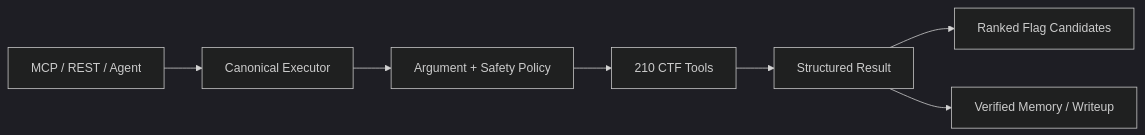
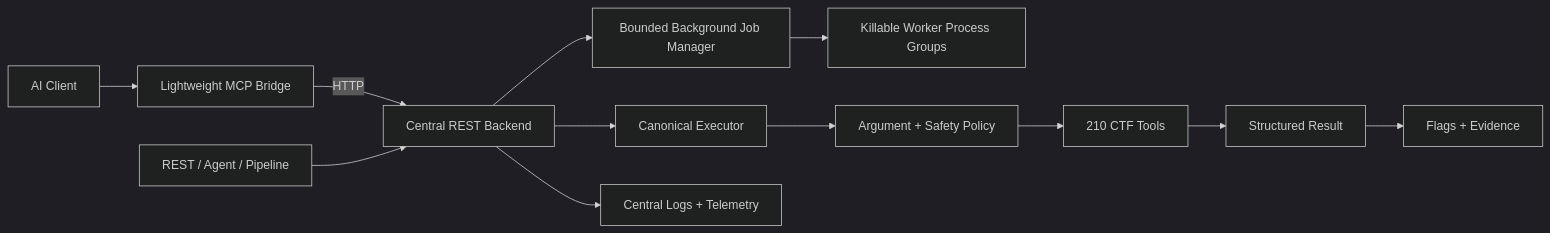
Before and after one commit to clone4truth/ctf-kit: the diagram in README.md, drawn with Mermaid (dark theme). The commit also changed other lines of this file and 17 other files, not shown here.

Commit message:
Add central MCP backend and persistent jobs

````diff
--- a/README.md
+++ b/README.md
@@ -38,9 +40,14 @@
 ```mermaid
 flowchart LR
-    C["MCP / REST / Agent"] --> E["Canonical Executor"]
+    A["AI Client"] --> M["Lightweight MCP Bridge"]
+    M -->|HTTP| B["Central REST Backend"]
+    X["REST / Agent / Pipeline"] --> B
+    B --> J["Bounded Background Job Manager"]
+    J --> W["Killable Worker Process Groups"]
+    B --> E["Canonical Executor"]
     E --> P["Argument + Safety Policy"]
     P --> T["210 CTF Tools"]
     T --> R["Structured Result"]
-    R --> F["Ranked Flag Candidates"]
-    R --> M["Verified Memory / Writeup"]
+    R --> F["Flags + Evidence"]
+    B --> O["Central Logs + Telemetry"]
 ```
````
